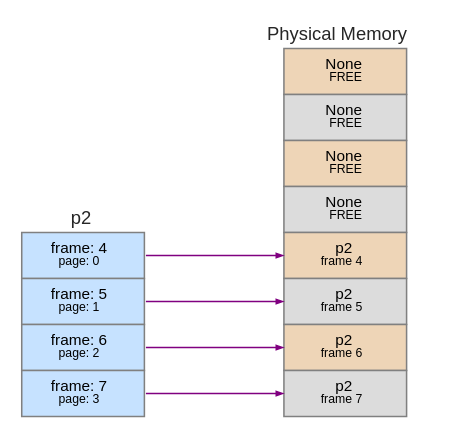
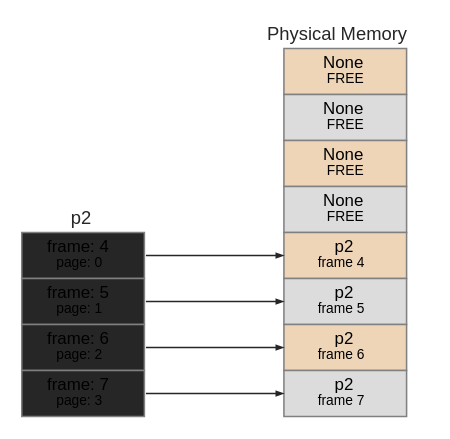
The diagram in memsim/memsim/graphs/paged0.json.gv (pitosalas/public-131-samples), drawn with Graphviz before and after one commit. The commit also changed 137 other files, not shown here.

```diff
--- a/memsim/memsim/graphs/paged0.json.gv
+++ b/memsim/memsim/graphs/paged0.json.gv
@@ -1,17 +1,17 @@
 digraph "memsim/graphs/paged0.json" {
 	graph [fontname=Helvetica rankdir=LR ranksep=1.0]
 	node [fontname=Helvetica fontsize=8 margin="0.04 0.04" shape=none width=0.4]
 	edge [arrowsize=0.4]
-	p2:0 -> physmem:4 [color=purple]
-	p2:1 -> physmem:5 [color=purple]
-	p2:2 -> physmem:6 [color=purple]
-	p2:3 -> physmem:7 [color=purple]
+	p2:0 -> physmem:4 [color=grey15 headclip=true tailclip=true]
+	p2:1 -> physmem:5 [color=grey15 headclip=true tailclip=true]
+	p2:2 -> physmem:6 [color=grey15 headclip=true tailclip=true]
+	p2:3 -> physmem:7 [color=grey15 headclip=true tailclip=true]
 	subgraph left {
-		physmem [label=<<table border="0.1" cellborder="1" cellspacing="0"><TR><TD border="0.0" ><font face="helvetica" color="grey15" point-size="12">Physical Memory</font></TD></TR><tr><td align="text" color="grey" bgcolor="bisque2" height="30" fixedsize="true" width="80" port="0"><font point-size="10">None</font><br></br><font point-size="8">FREE</font></td></tr><tr><td align="text" color="grey" bgcolor="gainsboro" height="30" fixedsize="true" width="80" port="1"><font point-size="10">None</font><br></br><font point-size="8">FREE</font></td></tr><tr><td align="text" color="grey" bgcolor="bisque2" height="30" fixedsize="true" width="80" port="2"><font point-size="10">None</font><br></br><font point-size="8">FREE</font></td></tr><tr><td align="text" color="grey" bgcolor="gainsboro" height="30" fixedsize="true" width="80" port="3"><font point-size="10">None</font><br></br><font point-size="8">FREE</font></td></tr><tr><td align="text" color="grey" bgcolor="bisque2" height="30" fixedsize="true" width="80" port="4"><font point-size="10">p2</font><br></br><font point-size="8">frame 4</font></td></tr><tr><td align="text" color="grey" bgcolor="gainsboro" height="30" fixedsize="true" width="80" port="5"><font point-size="10">p2</font><br></br><font point-size="8">frame 5</font></td></tr><tr><td align="text" color="grey" bgcolor="bisque2" height="30" fixedsize="true" width="80" port="6"><font point-size="10">p2</font><br></br><font point-size="8">frame 6</font></td></tr><tr><td align="text" color="grey" bgcolor="gainsboro" height="30" fixedsize="true" width="80" port="7"><font point-size="10">p2</font><br></br><font point-size="8">frame 7</font></td></tr></table>>]
+		physmem [label=<<table border="0.1" cellborder="1" cellspacing="0"><TR><TD border="0.0" ><font face="helvetica" color="grey15" point-size="12">Physical Memory</font></TD></TR><tr><td align="text" color="grey" bgcolor="bisque2" height="30" fixedsize="true" width="80" port="0"><font point-size="11">None</font><br></br><font point-size="9">FREE</font></td></tr><tr><td align="text" color="grey" bgcolor="gainsboro" height="30" fixedsize="true" width="80" port="1"><font point-size="11">None</font><br></br><font point-size="9">FREE</font></td></tr><tr><td align="text" color="grey" bgcolor="bisque2" height="30" fixedsize="true" width="80" port="2"><font point-size="11">None</font><br></br><font point-size="9">FREE</font></td></tr><tr><td align="text" color="grey" bgcolor="gainsboro" height="30" fixedsize="true" width="80" port="3"><font point-size="11">None</font><br></br><font point-size="9">FREE</font></td></tr><tr><td align="text" color="grey" bgcolor="bisque2" height="30" fixedsize="true" width="80" port="4"><font point-size="11">p2</font><br></br><font point-size="9">frame 4</font></td></tr><tr><td align="text" color="grey" bgcolor="gainsboro" height="30" fixedsize="true" width="80" port="5"><font point-size="11">p2</font><br></br><font point-size="9">frame 5</font></td></tr><tr><td align="text" color="grey" bgcolor="bisque2" height="30" fixedsize="true" width="80" port="6"><font point-size="11">p2</font><br></br><font point-size="9">frame 6</font></td></tr><tr><td align="text" color="grey" bgcolor="gainsboro" height="30" fixedsize="true" width="80" port="7"><font point-size="11">p2</font><br></br><font point-size="9">frame 7</font></td></tr></table>>]
 		rank=sink
 	}
 	subgraph right {
-		p2 [label=<<table border="0.1" cellborder="1" cellspacing="0"><TR><TD border="0.0" ><font face="helvetica" color="grey15" point-size="12">p2</font></TD></TR><tr><td align="text" color="grey" bgcolor="slategray1" height="30" fixedsize="true" width="80" port="0"><font point-size="10">frame: 4</font><br></br><font point-size="8">page: 0</font></td></tr><tr><td align="text" color="grey" bgcolor="slategray1" height="30" fixedsize="true" width="80" port="1"><font point-size="10">frame: 5</font><br></br><font point-size="8">page: 1</font></td></tr><tr><td align="text" color="grey" bgcolor="slategray1" height="30" fixedsize="true" width="80" port="2"><font point-size="10">frame: 6</font><br></br><font point-size="8">page: 2</font></td></tr><tr><td align="text" color="grey" bgcolor="slategray1" height="30" fixedsize="true" width="80" port="3"><font point-size="10">frame: 7</font><br></br><font point-size="8">page: 3</font></td></tr></table>>]
+		p2 [label=<<table border="0.1" cellborder="1" cellspacing="0"><TR><TD border="0.0" ><font face="helvetica" color="grey15" point-size="12">p2</font></TD></TR><tr><td align="text" color="grey" bgcolor="grey15" height="30" fixedsize="true" width="80" port="0"><font point-size="11">frame: 4</font><br></br><font point-size="9">page: 0</font></td></tr><tr><td align="text" color="grey" bgcolor="grey15" height="30" fixedsize="true" width="80" port="1"><font point-size="11">frame: 5</font><br></br><font point-size="9">page: 1</font></td></tr><tr><td align="text" color="grey" bgcolor="grey15" height="30" fixedsize="true" width="80" port="2"><font point-size="11">frame: 6</font><br></br><font point-size="9">page: 2</font></td></tr><tr><td align="text" color="grey" bgcolor="grey15" height="30" fixedsize="true" width="80" port="3"><font point-size="11">frame: 7</font><br></br><font point-size="9">page: 3</font></td></tr></table>>]
 		rank=source
 	}
 }
```
